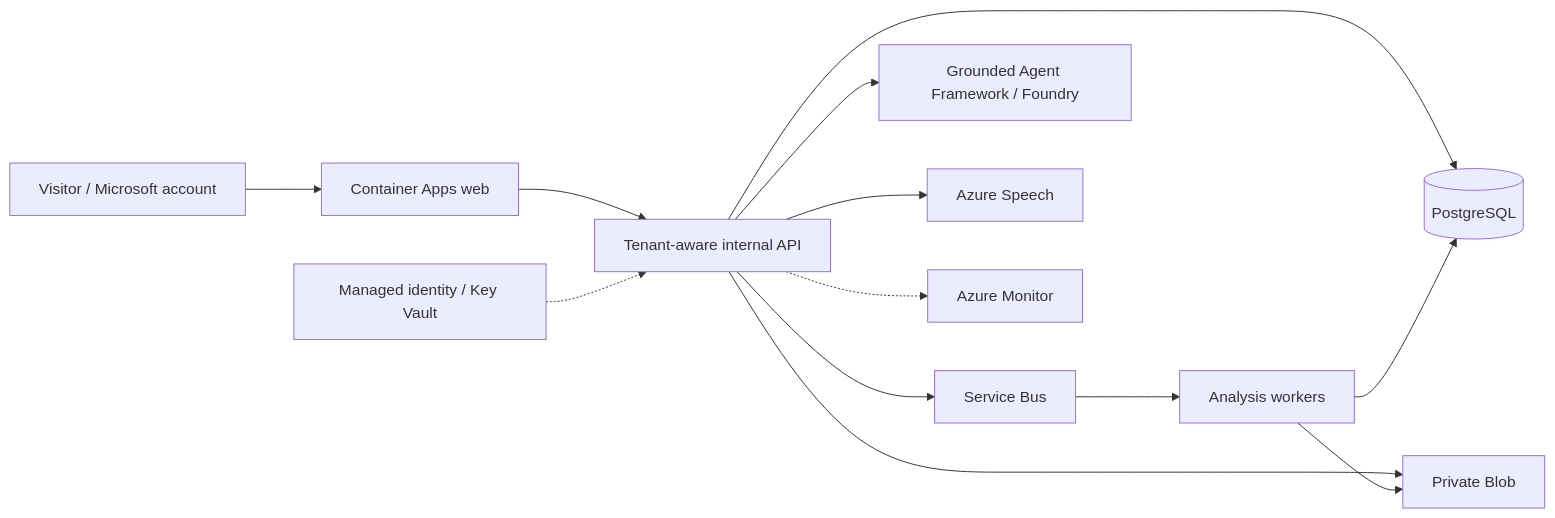
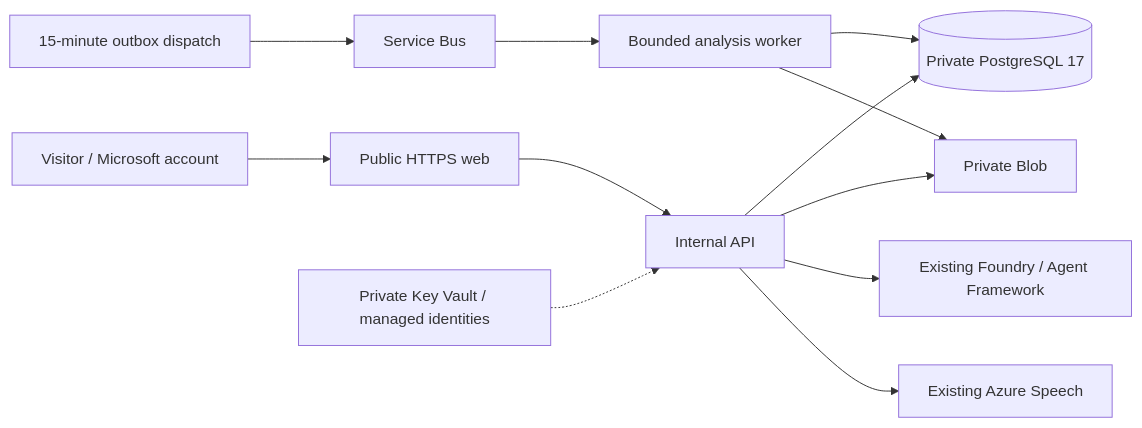
Before and after one commit to wenakanew/tactiq: the diagram in docs/azure/deployment.md, drawn with Mermaid. The commit also changed other lines of this file and 79 other files, not shown here.

````diff
--- a/docs/azure/deployment.md
+++ b/docs/azure/deployment.md
@@ -9,15 +45,14 @@
 ```mermaid
 flowchart LR
-    User[Visitor / Microsoft account] --> Web[Container Apps web]
-    Web --> API[Tenant-aware internal API]
-    API --> DB[(PostgreSQL)]
+    User[Visitor / Microsoft account] --> Web[Public HTTPS web]
+    Web --> API[Internal API]
+    API --> DB[(Private PostgreSQL 17)]
     API --> Blob[Private Blob]
-    API --> Queue[Service Bus]
-    Queue --> Jobs[Analysis workers]
-    Jobs --> DB
-    Jobs --> Blob
-    API --> AI[Grounded Agent Framework / Foundry]
-    API --> Speech[Azure Speech]
-    Identity[Managed identity / Key Vault] -.-> API
-    API -.-> Monitor[Azure Monitor]
+    Dispatch[15-minute outbox dispatch] --> Queue[Service Bus]
+    Queue --> Worker[Bounded analysis worker]
+    Worker --> DB
+    Worker --> Blob
+    API --> AI[Existing Foundry / Agent Framework]
+    API --> Speech[Existing Azure Speech]
+    Vault[Private Key Vault / managed identities] -.-> API
 ```
````
